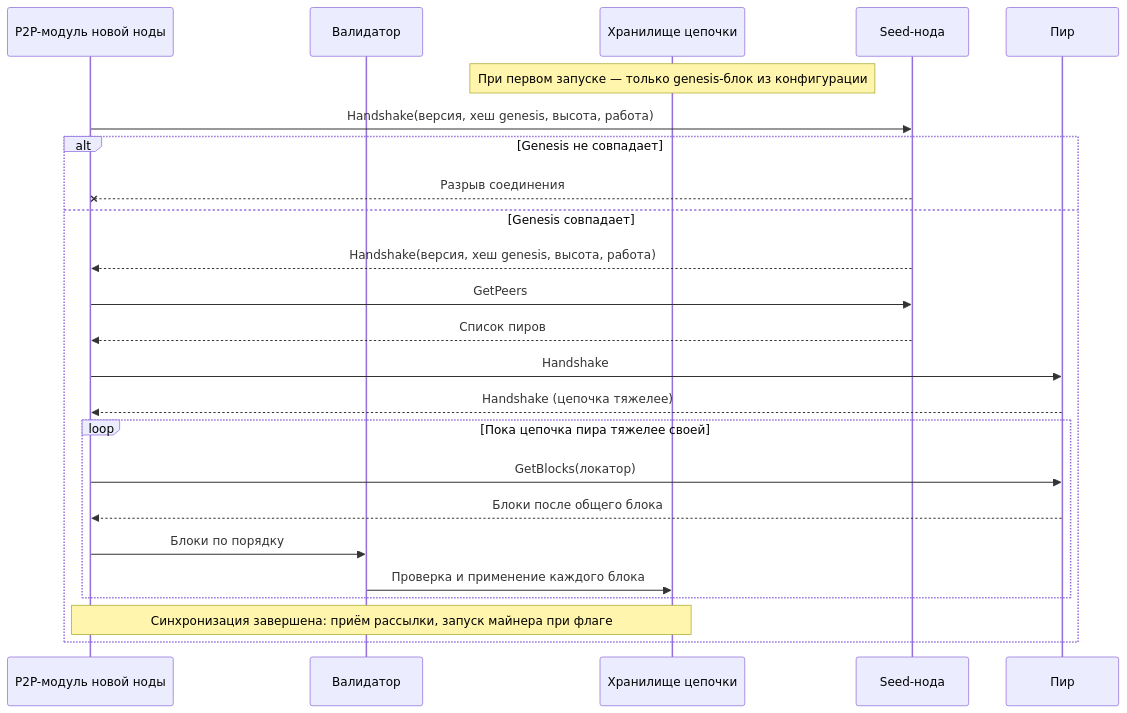
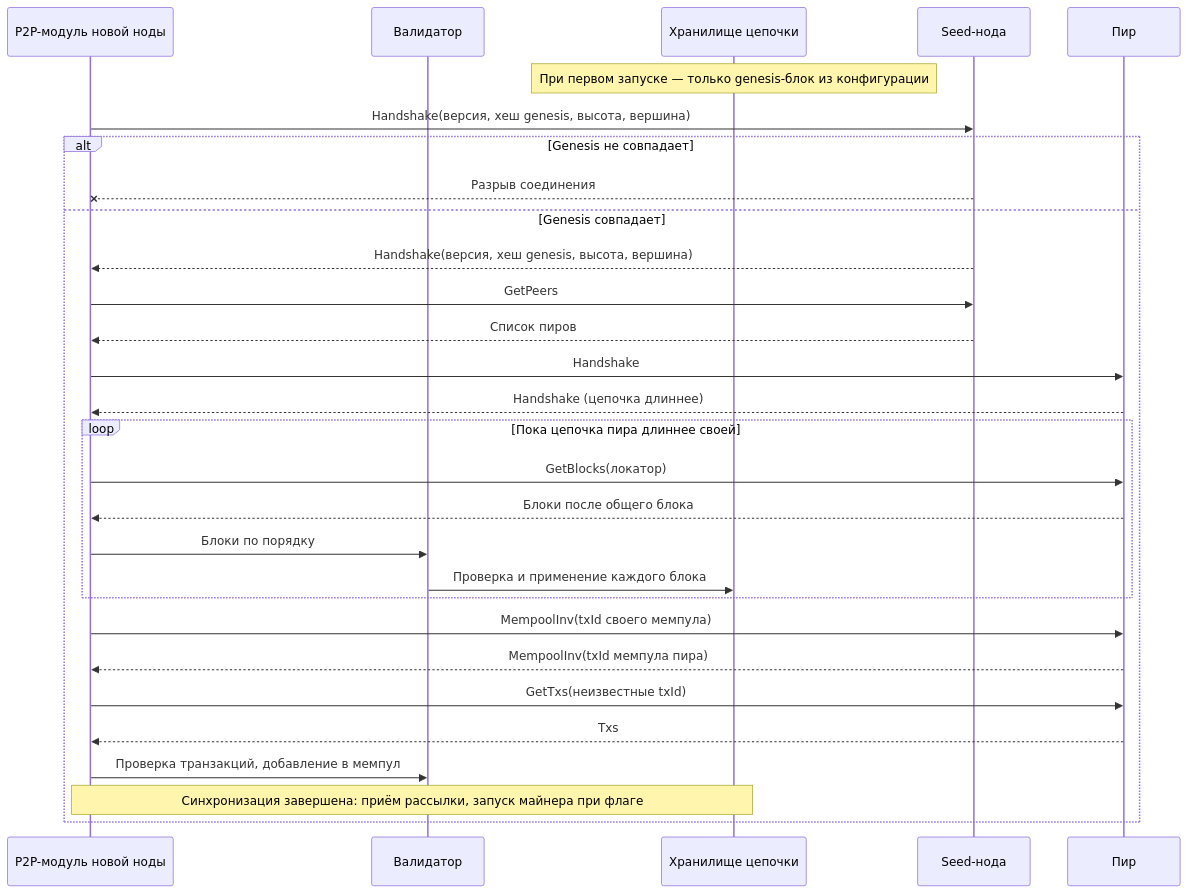
Before and after one commit to spbu-ds-practicum-2026/abp: the eighth of 11 diagrams in docs/tr.md, drawn with Mermaid. The commit also changed other lines of this file, not shown here.

````diff
--- a/docs/tr.md
+++ b/docs/tr.md
@@ -428,27 +497,32 @@
 ```mermaid
 sequenceDiagram
   participant P2P as P2P-модуль новой ноды
   participant Validator as Валидатор
   participant Chain as Хранилище цепочки
   participant Seed as Seed-нода
   participant Peer as Пир
 
   Note over Chain: При первом запуске — только genesis-блок из конфигурации
-  P2P->>Seed: Handshake(версия, хеш genesis, высота, работа)
+  P2P->>Seed: Handshake(версия, хеш genesis, высота, вершина)
   alt Genesis не совпадает
     Seed--xP2P: Разрыв соединения
   else Genesis совпадает
-    Seed-->>P2P: Handshake(версия, хеш genesis, высота, работа)
+    Seed-->>P2P: Handshake(версия, хеш genesis, высота, вершина)
     P2P->>Seed: GetPeers
     Seed-->>P2P: Список пиров
     P2P->>Peer: Handshake
-    Peer-->>P2P: Handshake (цепочка тяжелее)
-    loop Пока цепочка пира тяжелее своей
+    Peer-->>P2P: Handshake (цепочка длиннее)
+    loop Пока цепочка пира длиннее своей
       P2P->>Peer: GetBlocks(локатор)
       Peer-->>P2P: Блоки после общего блока
       P2P->>Validator: Блоки по порядку
       Validator->>Chain: Проверка и применение каждого блока
     end
+    P2P->>Peer: MempoolInv(txId своего мемпула)
+    Peer-->>P2P: MempoolInv(txId мемпула пира)
+    P2P->>Peer: GetTxs(неизвестные txId)
+    Peer-->>P2P: Txs
+    P2P->>Validator: Проверка транзакций, добавление в мемпул
     Note over P2P,Chain: Синхронизация завершена: приём рассылки, запуск майнера при флаге
   end
 ```
````
